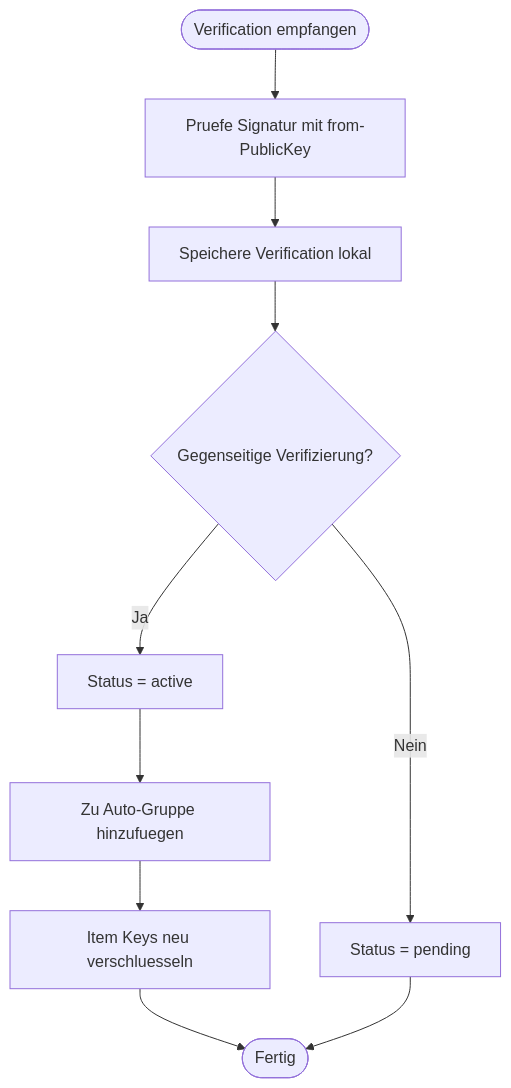
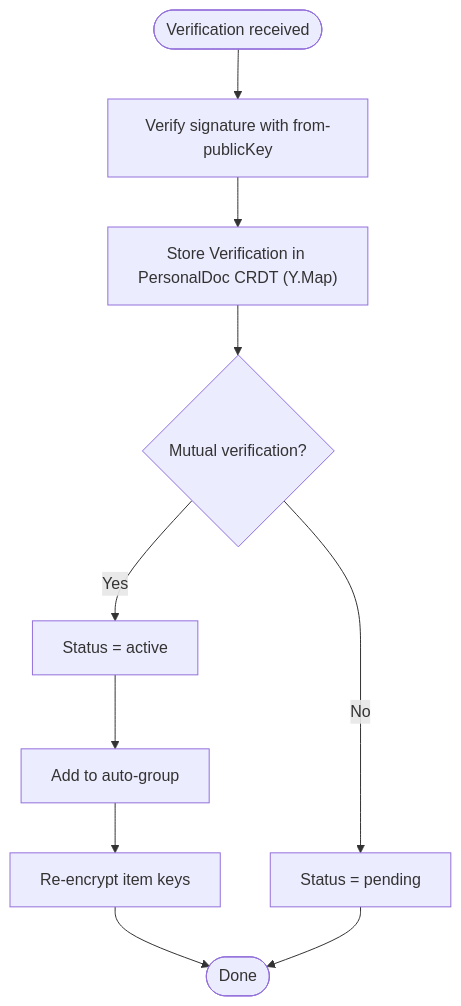
Before and after one commit to IT4Change/web-of-trust: the fifth of 8 diagrams in docs/flows/02-verification-technical.md, drawn with Mermaid. The commit also changed other lines of this file and 6 other files, not shown here.

````diff
--- a/docs/flows/02-verification-technical.md
+++ b/docs/flows/02-verification-technical.md
@@ -170,16 +172,16 @@
 ```mermaid
 flowchart TD
-    Start(["Verification empfangen"]) --> Verify["Pruefe Signatur mit from-PublicKey"]
+    Start(["Verification received"]) --> Verify["Verify signature with from-publicKey"]
 
-    Verify --> Store["Speichere Verification lokal"]
+    Verify --> Store["Store Verification in PersonalDoc CRDT (Y.Map)"]
 
-    Store --> CheckMutual{"Gegenseitige Verifizierung?"}
+    Store --> CheckMutual{"Mutual verification?"}
 
-    CheckMutual -->|Ja| Activate["Status = active"]
-    Activate --> AddGroup["Zu Auto-Gruppe hinzufuegen"]
-    AddGroup --> Reencrypt["Item Keys neu verschluesseln"]
-    Reencrypt --> End(["Fertig"])
+    CheckMutual -->|Yes| Activate["Status = active"]
+    Activate --> AddGroup["Add to auto-group"]
+    AddGroup --> Reencrypt["Re-encrypt item keys"]
+    Reencrypt --> End(["Done"])
 
-    CheckMutual -->|Nein| Pending["Status = pending"]
+    CheckMutual -->|No| Pending["Status = pending"]
     Pending --> End
 ```
````
